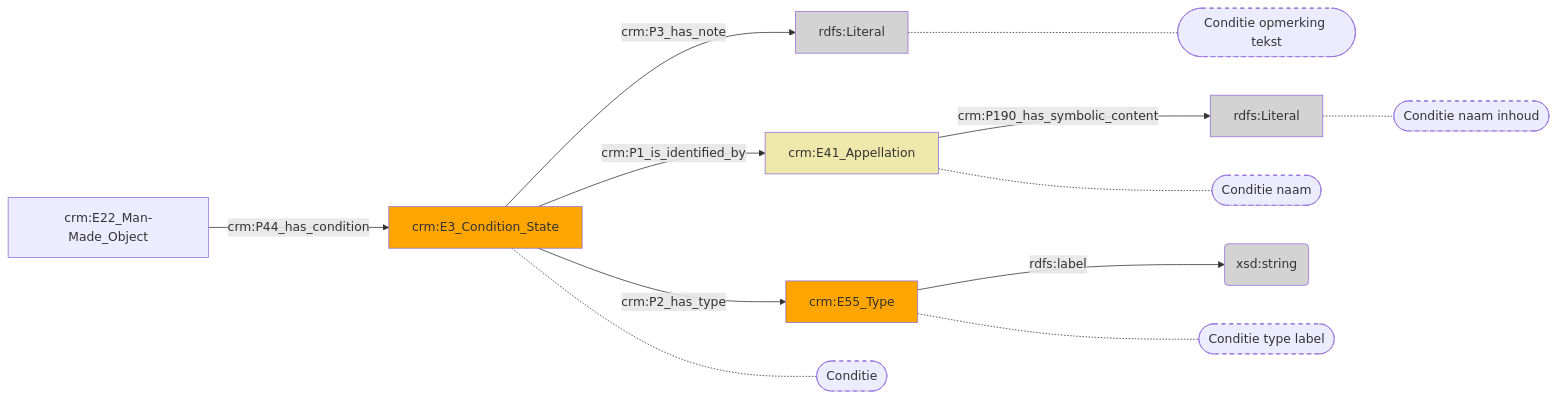
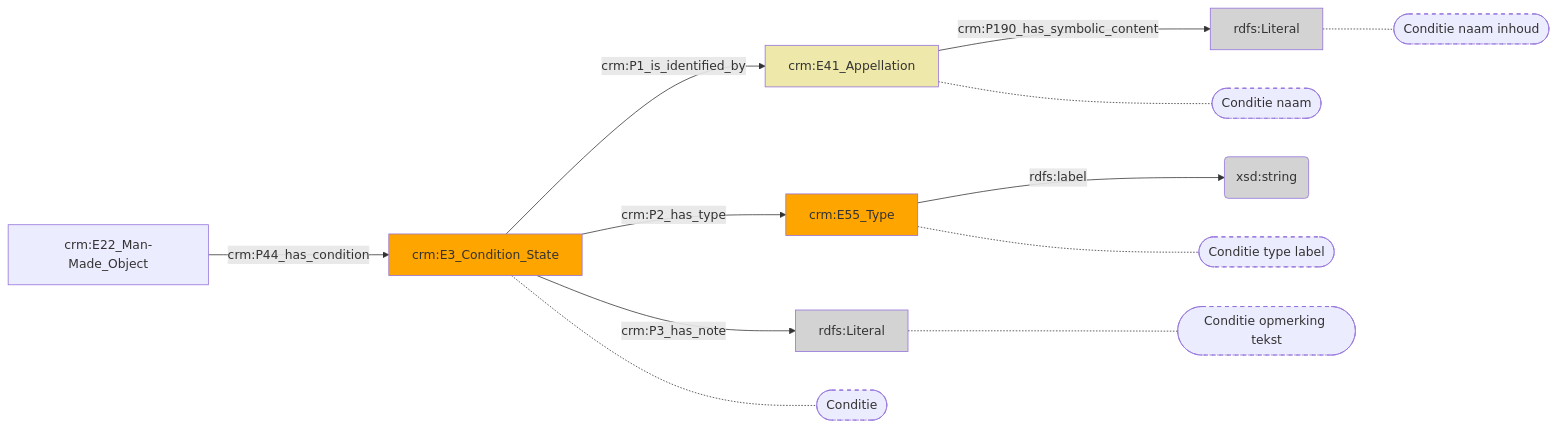
Before and after one commit to digipolisantwerpdocumentation/antwerp-cultureel-erfgoed: the diagram in docs/content/modellen/ProductInstance/FysiekeKenmerken.md, drawn with Mermaid. The commit also changed other lines of this file and 173 other files, not shown here.

````diff
--- a/docs/content/modellen/ProductInstance/FysiekeKenmerken.md
+++ b/docs/content/modellen/ProductInstance/FysiekeKenmerken.md
@@ -1,25 +1,25 @@
 ```mermaid
 graph LR
+9503f17e-4729-11ee-974d-00163e71351b["crm:E22_Man-Made_Object"]-->|"crm:P44_has_condition"|f88a7f5a-472a-11ee-b0c4-00163e71351b["crm:E3_Condition_State"]
+f88a7f5a-472a-11ee-b0c4-00163e71351b["crm:E3_Condition_State"]-->|"crm:P1_is_identified_by"|fad11fd2-47d2-11ee-a9ac-00163e71351b["crm:E41_Appellation"]
+f88a7f5a-472a-11ee-b0c4-00163e71351b["crm:E3_Condition_State"]-->|"crm:P2_has_type"|f88a8338-472a-11ee-b0c4-00163e71351b["crm:E55_Type"]
 f88a7f5a-472a-11ee-b0c4-00163e71351b["crm:E3_Condition_State"]-->|"crm:P3_has_note"|f88a855e-472a-11ee-b0c4-00163e71351b(rdfs:Literal)
 f88a8338-472a-11ee-b0c4-00163e71351b["crm:E55_Type"]-->|"rdfs:label"|f88a8464-472a-11ee-b0c4-00163e71351b(xsd:string)
 fad11fd2-47d2-11ee-a9ac-00163e71351b["crm:E41_Appellation"]-->|"crm:P190_has_symbolic_content"|fad1239c-47d2-11ee-a9ac-00163e71351b(rdfs:Literal)
-9503f17e-4729-11ee-974d-00163e71351b["crm:E22_Man-Made_Object"]-->|"crm:P44_has_condition"|f88a7f5a-472a-11ee-b0c4-00163e71351b["crm:E3_Condition_State"]
-f88a7f5a-472a-11ee-b0c4-00163e71351b["crm:E3_Condition_State"]-->|"crm:P1_is_identified_by"|fad11fd2-47d2-11ee-a9ac-00163e71351b["crm:E41_Appellation"]
-f88a7f5a-472a-11ee-b0c4-00163e71351b["crm:E3_Condition_State"]-->|"crm:P2_has_type"|f88a8338-472a-11ee-b0c4-00163e71351b["crm:E55_Type"]
+style f88a7f5a-472a-11ee-b0c4-00163e71351b_s stroke-dasharray: 5
+style fad11fd2-47d2-11ee-a9ac-00163e71351b_s stroke-dasharray: 5
+style f88a8338-472a-11ee-b0c4-00163e71351b_s stroke-dasharray: 5
+style f88a855e-472a-11ee-b0c4-00163e71351b_s stroke-dasharray: 5
+style fad1239c-47d2-11ee-a9ac-00163e71351b_s stroke-dasharray: 5
 f88a7f5a-472a-11ee-b0c4-00163e71351b["crm:E3_Condition_State"]-.-f88a7f5a-472a-11ee-b0c4-00163e71351b_s(["Conditie"])
 fad11fd2-47d2-11ee-a9ac-00163e71351b["crm:E41_Appellation"]-.-fad11fd2-47d2-11ee-a9ac-00163e71351b_s(["Conditie naam"])
 f88a8338-472a-11ee-b0c4-00163e71351b["crm:E55_Type"]-.-f88a8338-472a-11ee-b0c4-00163e71351b_s(["Conditie type label"])
 f88a855e-472a-11ee-b0c4-00163e71351b["rdfs:Literal"]-.-f88a855e-472a-11ee-b0c4-00163e71351b_s(["Conditie opmerking tekst"])
 fad1239c-47d2-11ee-a9ac-00163e71351b["rdfs:Literal"]-.-fad1239c-47d2-11ee-a9ac-00163e71351b_s(["Conditie naam inhoud"])
-style f88a7f5a-472a-11ee-b0c4-00163e71351b_s stroke-dasharray: 5
-style fad11fd2-47d2-11ee-a9ac-00163e71351b_s stroke-dasharray: 5
-style f88a8338-472a-11ee-b0c4-00163e71351b_s stroke-dasharray: 5
-style f88a855e-472a-11ee-b0c4-00163e71351b_s stroke-dasharray: 5
-style fad1239c-47d2-11ee-a9ac-00163e71351b_s stroke-dasharray: 5
 style f88a7f5a-472a-11ee-b0c4-00163e71351b fill:#ffa500
 style f88a8338-472a-11ee-b0c4-00163e71351b fill:#ffa500
 style f88a8464-472a-11ee-b0c4-00163e71351b fill:#D3D3D3
 style f88a855e-472a-11ee-b0c4-00163e71351b fill:#D3D3D3
 style fad11fd2-47d2-11ee-a9ac-00163e71351b fill:#EEE8AA
 style fad1239c-47d2-11ee-a9ac-00163e71351b fill:#D3D3D3
 ```
````
